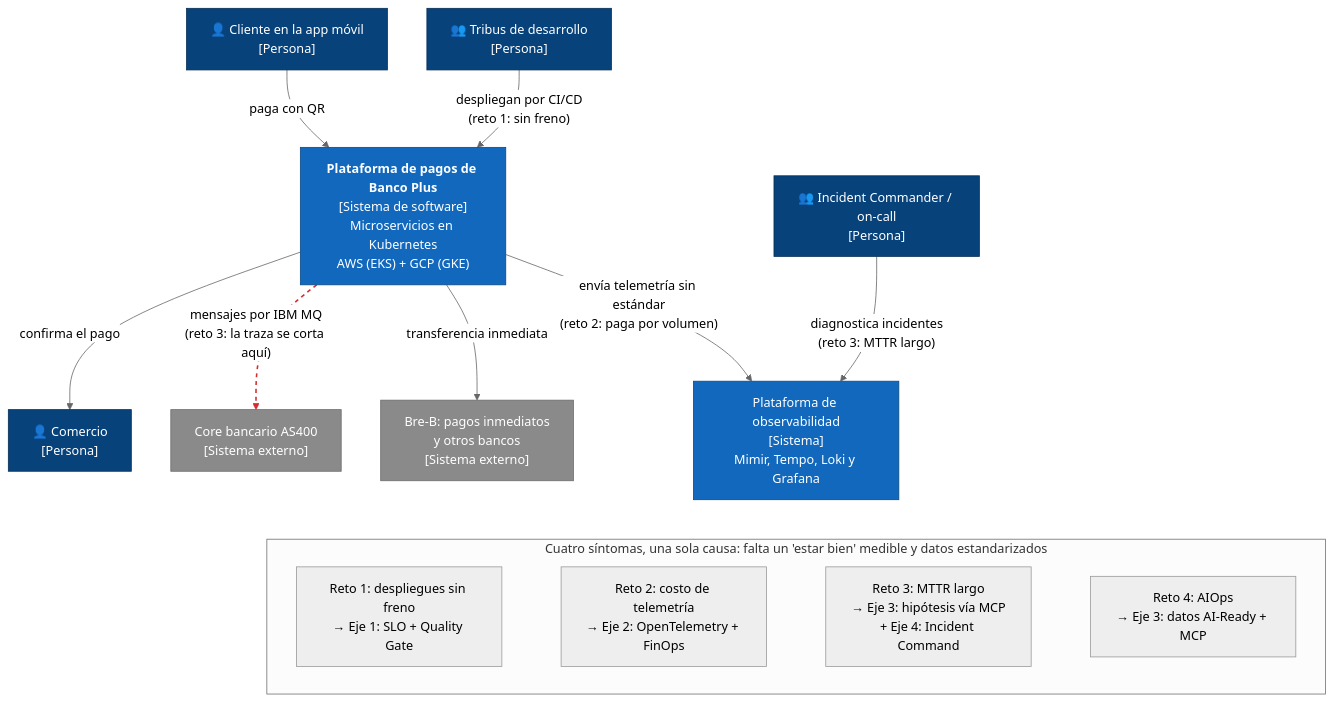
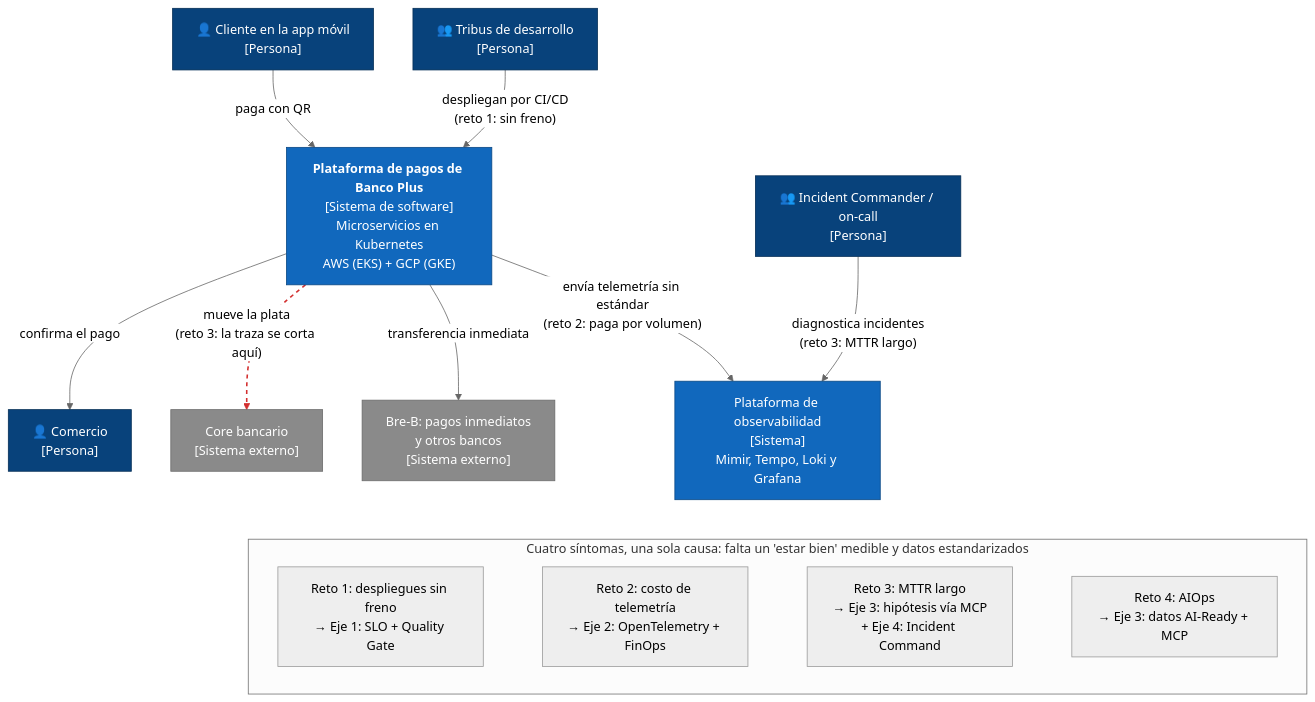
The second of 12 diagrams in devops-senior/temas/25-davivienda-sre-observabilidad/presentacion-libreto.md (locosebas/necesidadesYGrafos), drawn with Mermaid (neutral theme) before and after one commit. The commit also changed other lines of this file and 2 other files, not shown here.

Commit message:
D30: quitar AS400 e IBM MQ de la presentación (el caso no los menciona); hablar del core bancario

````diff
--- a/devops-senior/temas/25-davivienda-sre-observabilidad/presentacion-libreto.md
+++ b/devops-senior/temas/25-davivienda-sre-observabilidad/presentacion-libreto.md
@@ -95,39 +95,39 @@
 ```mermaid
 flowchart TB
     cliente["👤 Cliente en la app móvil<br/>[Persona]"]
     comercio["👤 Comercio<br/>[Persona]"]
     tribus["👥 Tribus de desarrollo<br/>[Persona]"]
     oncall["👥 Incident Commander / on-call<br/>[Persona]"]
 
     plataforma["<b>Plataforma de pagos de Banco Plus</b><br/>[Sistema de software]<br/>Microservicios en Kubernetes<br/>AWS (EKS) + GCP (GKE)"]
 
-    core["Core bancario AS400<br/>[Sistema externo]"]
+    core["Core bancario<br/>[Sistema externo]"]
     breb["Bre-B: pagos inmediatos<br/>y otros bancos<br/>[Sistema externo]"]
     obs["Plataforma de observabilidad<br/>[Sistema]<br/>Mimir, Tempo, Loki y Grafana"]
 
     cliente -- "paga con QR" --> plataforma
     plataforma -- "confirma el pago" --> comercio
     tribus -- "despliegan por CI/CD<br/>(reto 1: sin freno)" --> plataforma
-    plataforma -- "mensajes por IBM MQ<br/>(reto 3: la traza se corta aquí)" --> core
+    plataforma -- "mueve la plata<br/>(reto 3: la traza se corta aquí)" --> core
     plataforma -- "transferencia inmediata" --> breb
     plataforma -- "envía telemetría sin estándar<br/>(reto 2: paga por volumen)" --> obs
     oncall -- "diagnostica incidentes<br/>(reto 3: MTTR largo)" --> obs
 
     subgraph franja["Cuatro síntomas, una sola causa: falta un 'estar bien' medible y datos estandarizados"]
         direction LR
         r1["Reto 1: despliegues sin freno<br/>→ Eje 1: SLO + Quality Gate"]
         r2["Reto 2: costo de telemetría<br/>→ Eje 2: OpenTelemetry + FinOps"]
         r3["Reto 3: MTTR largo<br/>→ Eje 3: hipótesis vía MCP<br/>+ Eje 4: Incident Command"]
         r4["Reto 4: AIOps<br/>→ Eje 3: datos AI-Ready + MCP"]
         r1 ~~~ r2 ~~~ r3 ~~~ r4
     end
     obs ~~~ franja
 
     classDef persona fill:#08427b,stroke:#052e56,color:#ffffff
     classDef sistema fill:#1168bd,stroke:#0b4884,color:#ffffff
     classDef externo fill:#8a8a8a,stroke:#6b6b6b,color:#ffffff
     class cliente,comercio,tribus,oncall persona
     class plataforma,obs sistema
     class core,breb externo
     linkStyle 3 stroke:#d32f2f,stroke-width:2px,stroke-dasharray:5 5
 ```
````
